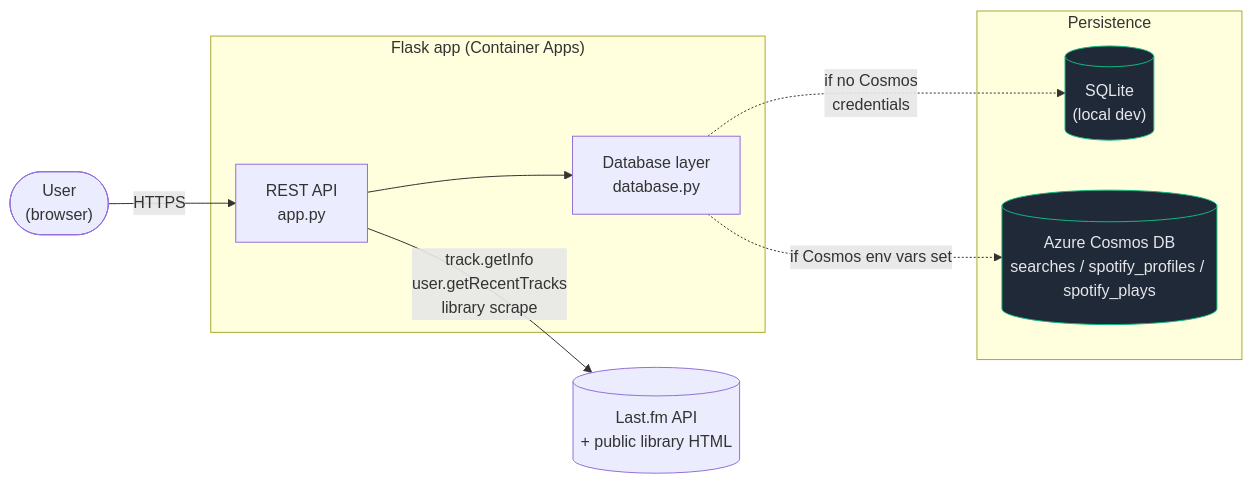
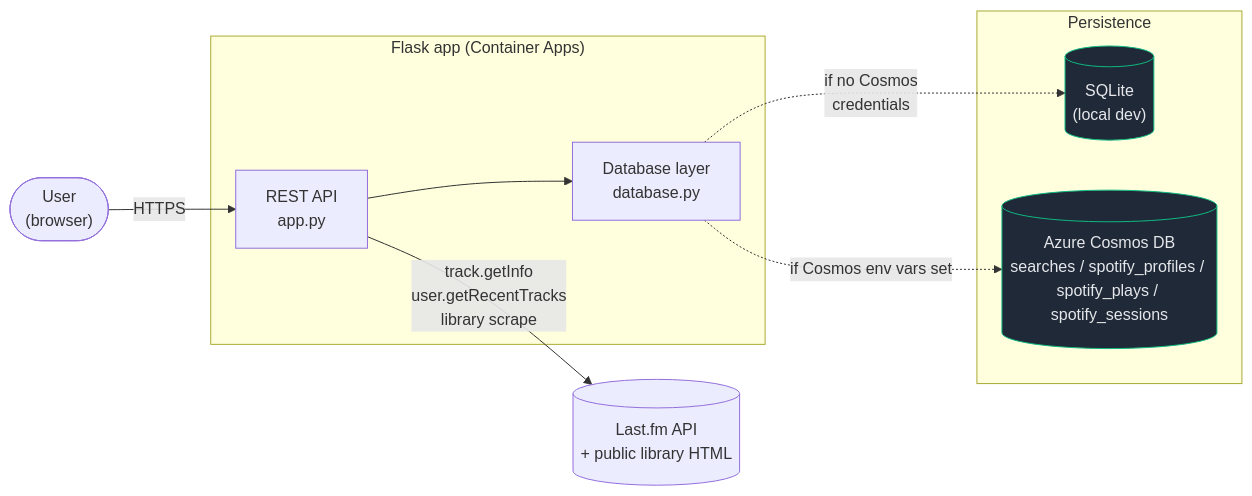
Before and after one commit to jetzlstorfer/lastfm-timetraveler: the first of 4 diagrams in README.md, drawn with Mermaid. The commit also changed other lines of this file and 1 other file, not shown here.

Commit message:
docs: update README and Copilot instructions to include Spotify sessions in Azure Cosmos DB

````diff
--- a/README.md
+++ b/README.md
@@ -18,25 +18,25 @@
 ```mermaid
 flowchart LR
   user(["User<br/>(browser)"])
 
   subgraph app["Flask app (Container Apps)"]
     api["REST API<br/>app.py"]
     db["Database layer<br/>database.py"]
   end
 
   subgraph storage["Persistence"]
     sqlite[("SQLite<br/>(local dev)")]
-    cosmos[("Azure Cosmos DB<br/>searches / spotify_profiles / spotify_plays")]
+    cosmos[("Azure Cosmos DB<br/>searches / spotify_profiles / spotify_plays / spotify_sessions")]
   end
 
   lastfm[("Last.fm API<br/>+ public library HTML")]
 
   user -->|HTTPS| api
   api --> db
   db -.->|"if no Cosmos<br/>credentials"| sqlite
   db -.->|"if Cosmos env vars set"| cosmos
   api -->|"track.getInfo<br/>user.getRecentTracks<br/>library scrape"| lastfm
 
   classDef store fill:#1f2937,stroke:#10b981,color:#e5e7eb
   class sqlite,cosmos store
 ```
````
